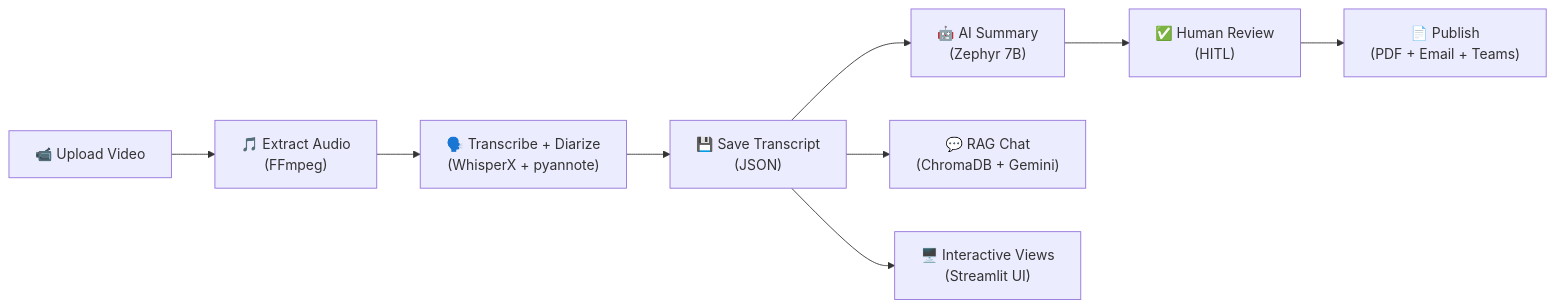
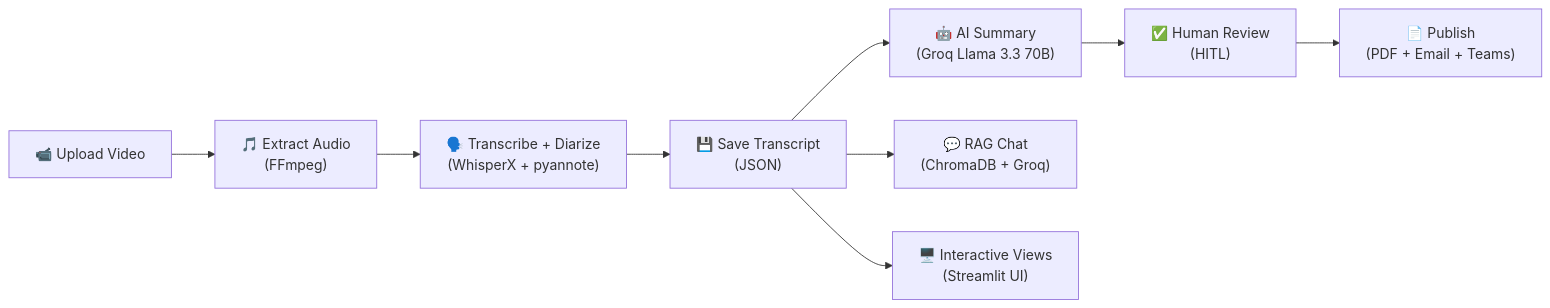
The diagram in README.md (pawanuikey06/ContextIQ), drawn with Mermaid before and after one commit. The commit also changed other lines of this file and 11 other files, not shown here.

Commit message:
feat: add streaming chat, transcript editing, metadata, dedup + update README for Groq

````diff
--- a/README.md
+++ b/README.md
@@ -71,11 +71,11 @@
 ```mermaid
 flowchart LR
     A["📹 Upload Video"] --> B["🎵 Extract Audio<br/>(FFmpeg)"]
     B --> C["🗣️ Transcribe + Diarize<br/>(WhisperX + pyannote)"]
     C --> D["💾 Save Transcript<br/>(JSON)"]
-    D --> E["🤖 AI Summary<br/>(Zephyr 7B)"]
-    D --> F["💬 RAG Chat<br/>(ChromaDB + Gemini)"]
+    D --> E["🤖 AI Summary<br/>(Groq Llama 3.3 70B)"]
+    D --> F["💬 RAG Chat<br/>(ChromaDB + Groq)"]
     D --> G["🖥️ Interactive Views<br/>(Streamlit UI)"]
     E --> H["✅ Human Review<br/>(HITL)"]
     H --> I["📄 Publish<br/>(PDF + Email + Teams)"]
 ```
````
